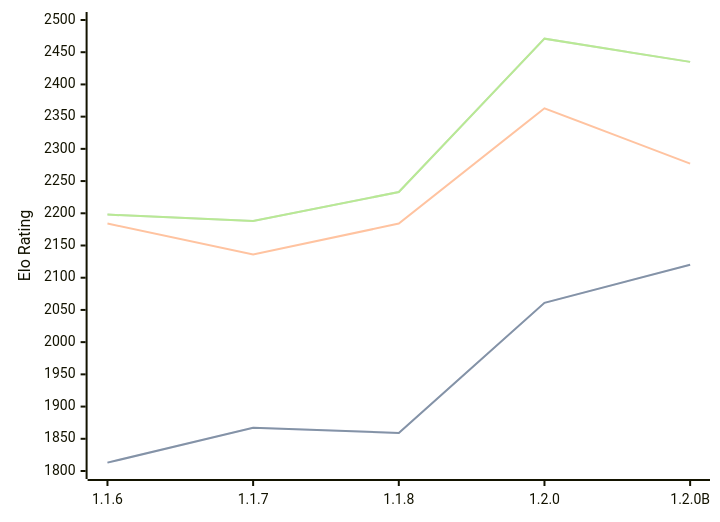
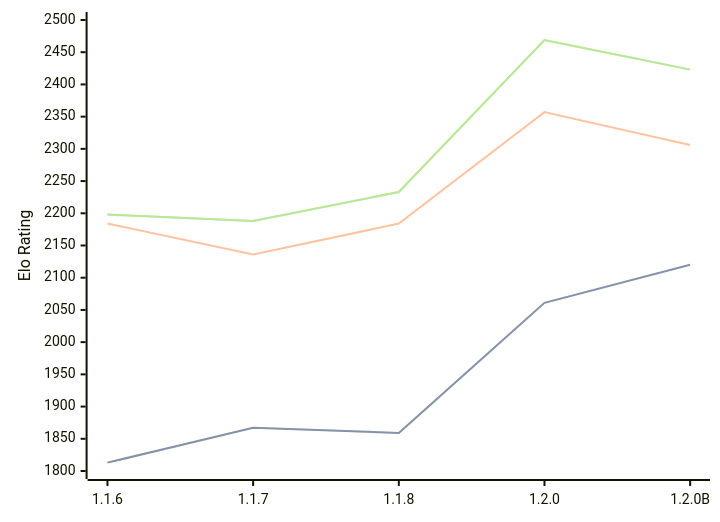
The diagram in engines/Soomi.md (computer-chess-index/cci), drawn with Mermaid before and after one commit. The commit also changed other lines of this file, not shown here.

Commit message:
Update CCI Ratings (ELO VLTC) - 2026-04-26

````diff
--- a/engines/Soomi.md
+++ b/engines/Soomi.md
@@ -35,11 +35,11 @@
 ```mermaid
 %%{init: {"theme":"base","themeVariables":{"seriesColors:['#a3a3a3','#222221','#faa371']}}}%%
 xychart-beta
   x-axis ["1.1.6", "1.1.7", "1.1.8", "1.2.0", "1.2.0B"]
   y-axis "Elo Rating" 1800 --> 2500
   line "STC (8.0+0.08s)" [1813, 1867, 1859, 2061, 2120]
   line "STC (8.0+0.08s)" [1813, 1867, 1859, 2061, 2120]
-  line "LTC (60.0+0.60s)" [2184, 2136, 2184, 2363, 2277]
-  line "VLTC (2m24s+1.12s)" [2198, 2188, 2233, 2471, 2435]
-  line "VLTC (2m24s+1.12s)" [2198, 2188, 2233, 2471, 2435]
+  line "LTC (60.0+0.60s)" [2184, 2136, 2184, 2357, 2306]
+  line "VLTC (2m24s+1.12s)" [2198, 2188, 2233, 2469, 2423]
+  line "VLTC (2m24s+1.12s)" [2198, 2188, 2233, 2469, 2423]
 ```
````
